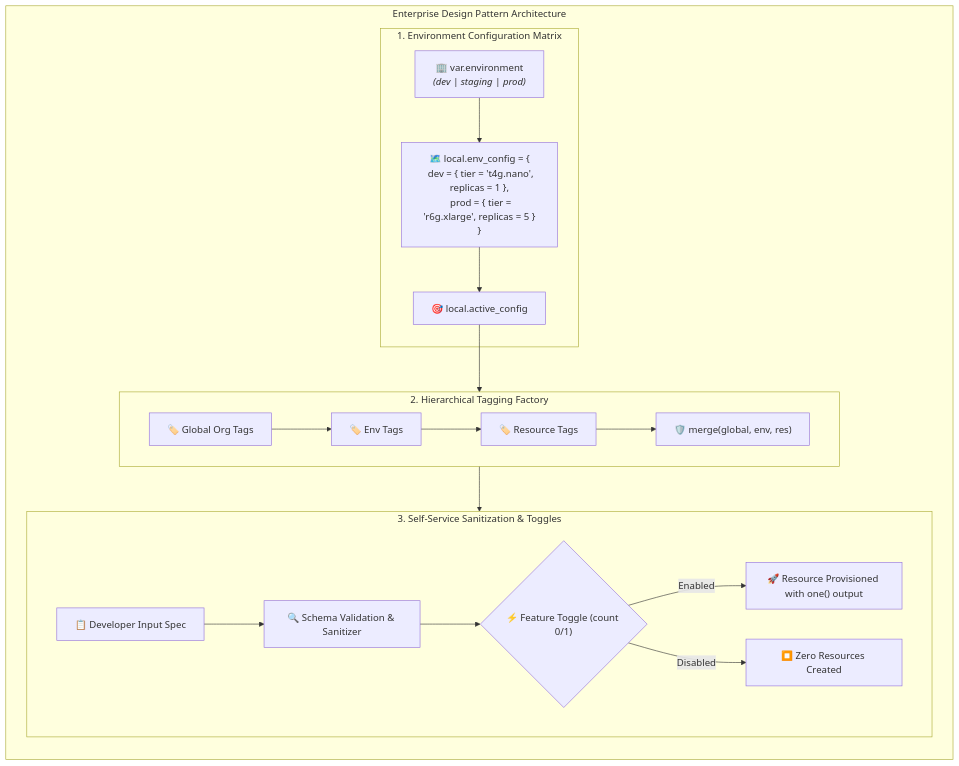
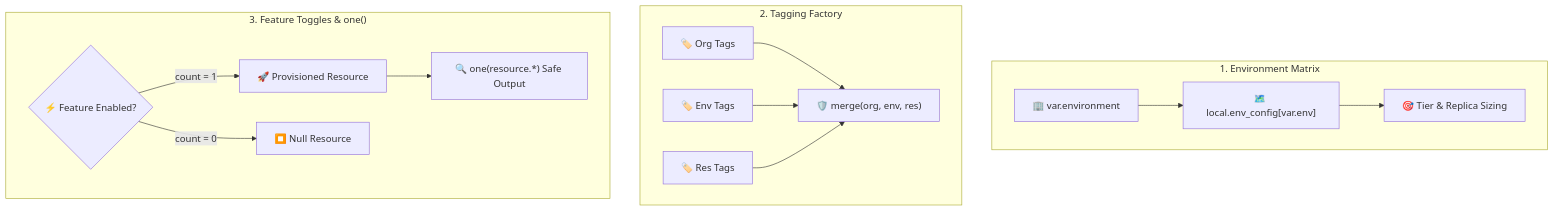
Before and after one commit to dnf0/terralings: the diagram in docs/guides/11-production-patterns.md, drawn with Mermaid. The commit also changed other lines of this file and 18 other files, not shown here.

First line of the commit message:
docs(guides): simplify mermaid diagrams and add conceptual breakdowns (#24)

````diff
--- a/docs/guides/11-production-patterns.md
+++ b/docs/guides/11-production-patterns.md
@@ -17,29 +17,20 @@
 ```mermaid
 flowchart TD
-    subgraph EnterprisePatterns["Enterprise Design Pattern Architecture"]
-        direction TB
-        
-        subgraph Pattern1["1. Environment Configuration Matrix"]
-            EnvLookup["🏢 var.environment<br/><i>(dev | staging | prod)</i>"]
-            MatrixMap["🗺️ local.env_config = {<br/>&nbsp;&nbsp;dev = { tier = 't4g.nano', replicas = 1 },<br/>&nbsp;&nbsp;prod = { tier = 'r6g.xlarge', replicas = 5 }<br/>}"]
-            SelectedConfig["🎯 local.active_config"]
-            EnvLookup --> MatrixMap --> SelectedConfig
-        end
-
-        subgraph Pattern2["2. Hierarchical Tagging Factory"]
-            direction LR
-            GlobalTags["🏷️ Global Org Tags"] --> EnvTags["🏷️ Env Tags"] --> ResTags["🏷️ Resource Tags"]
-            ResTags --> FinalTags["🛡️ merge(global, env, res)"]
-        end
-
-        subgraph Pattern3["3. Self-Service Sanitization & Toggles"]
-            DevInput["📋 Developer Input Spec"] --> Sanitize["🔍 Schema Validation & Sanitizer"]
-            Sanitize --> Toggle{"⚡ Feature Toggle (count 0/1)"}
-            Toggle -->|"Enabled"| Provision["🚀 Resource Provisioned with one() output"]
-            Toggle -->|"Disabled"| NoOp["⏹️ Zero Resources Created"]
-        end
+    subgraph Matrix["1. Environment Matrix"]
+        Env["🏢 var.environment"] --> Lookup["🗺️ local.env_config[var.env]"]
+        Lookup --> Sizing["🎯 Tier & Replica Sizing"]
     end
 
-    SelectedConfig --> Pattern2
-    FinalTags --> Pattern3
+    subgraph Tagging["2. Tagging Factory"]
+        Global["🏷️ Org Tags"] --> Merge["🛡️ merge(org, env, res)"]
+        EnvTags["🏷️ Env Tags"] --> Merge
+        ResTags["🏷️ Res Tags"] --> Merge
+    end
+
+    subgraph Toggles["3. Feature Toggles & one()"]
+        Toggle{"⚡ Feature Enabled?"}
+        Toggle -->|"count = 1"| Resource["🚀 Provisioned Resource"]
+        Toggle -->|"count = 0"| Null["⏹️ Null Resource"]
+        Resource --> One["🔍 one(resource.*) Safe Output"]
+    end
 ```
````
